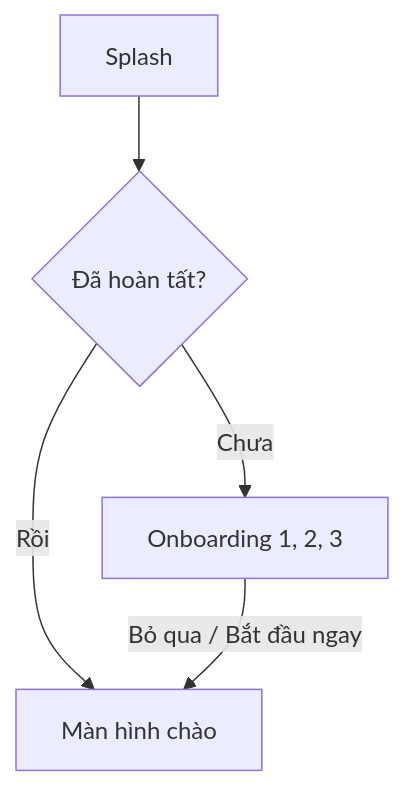
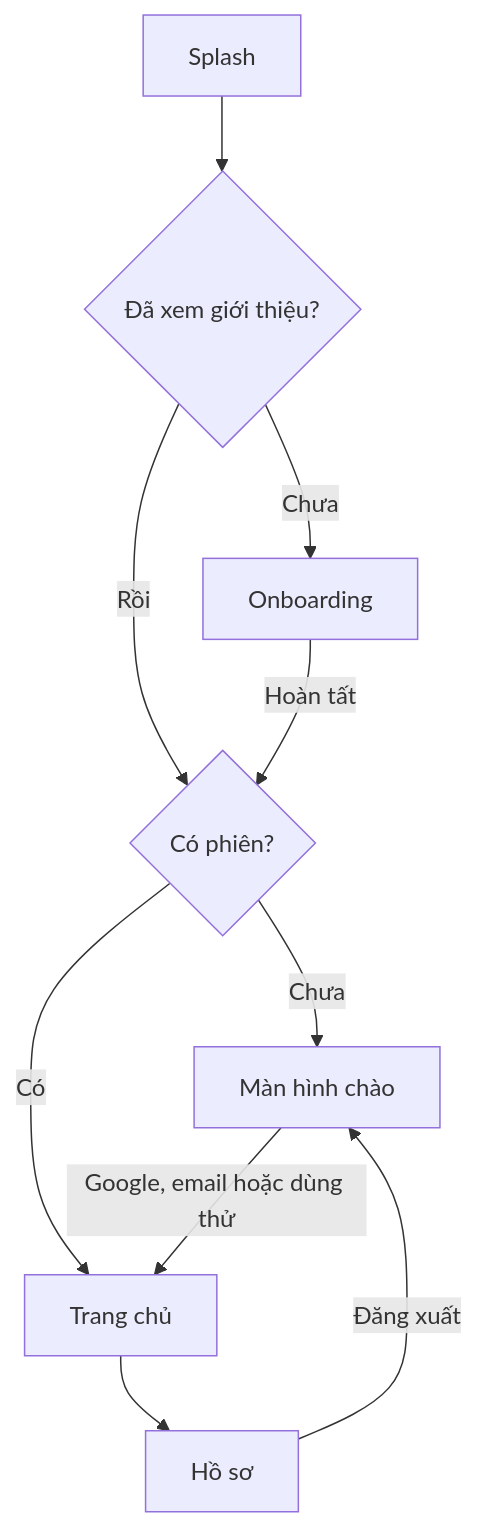
Before and after one commit to HoangGiang-LA/UTH-TODO_Mobile: the diagram in README.md, drawn with Mermaid. The commit also changed other lines of this file and 24 other files, not shown here.

````diff
--- a/README.md
+++ b/README.md
@@ -19,7 +26,12 @@
 ```mermaid
 flowchart TD
-    S["Splash"] --> D{"Đã hoàn tất?"}
-    D -->|Chưa| O["Onboarding 1, 2, 3"]
-    D -->|Rồi| W["Màn hình chào"]
-    O -->|"Bỏ qua / Bắt đầu ngay"| W
+    S["Splash"] --> D{"Đã xem giới thiệu?"}
+    D -->|Chưa| O["Onboarding"]
+    D -->|Rồi| A{"Có phiên?"}
+    O -->|Hoàn tất| A
+    A -->|Chưa| W["Màn hình chào"]
+    A -->|Có| H["Trang chủ"]
+    W -->|Google, email hoặc dùng thử| H
+    H --> P["Hồ sơ"]
+    P -->|Đăng xuất| W
 ```
````
